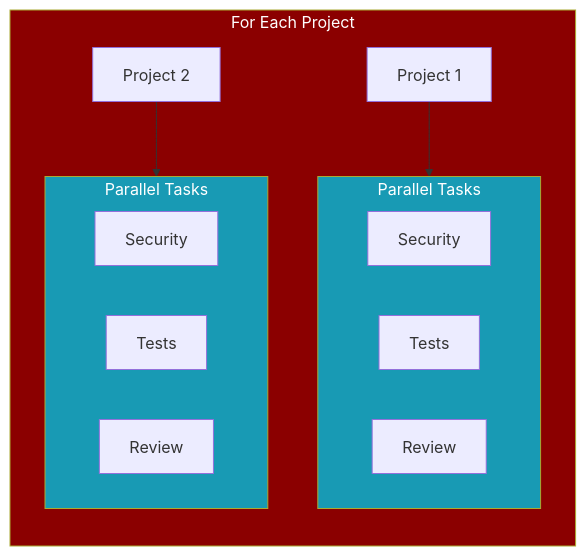
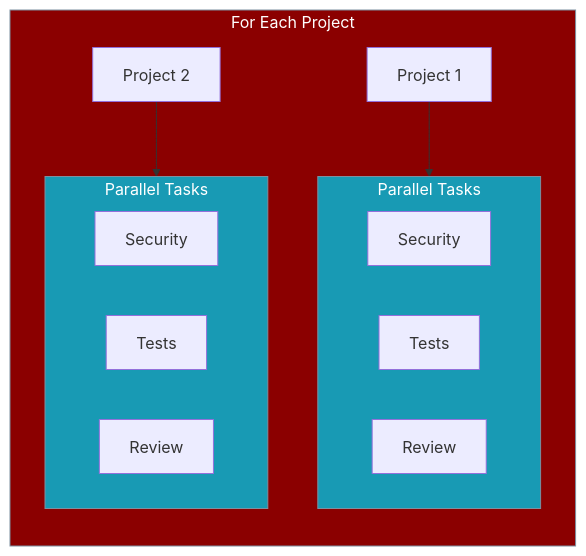
One commit to MervinPraison/PraisonAIDocs changed the second of 2 diagrams in docs/features/nested-workflows.mdx. Above: the diagram before and after it, drawn with Mermaid. The commit also changed other lines of this file and 19 other files, not shown here.

First line of the commit message:
docs: fix remaining style→classDef in secondary diagrams (PR #1384 follow-up)

````diff
--- a/docs/features/nested-workflows.mdx
+++ b/docs/features/nested-workflows.mdx
@@ -188,26 +196,27 @@
 ```mermaid
 flowchart LR
     subgraph Loop["For Each Project"]
         direction TB
         P1[Project 1] --> PA1
         P2[Project 2] --> PA2
     end
     
     subgraph PA1["Parallel Tasks"]
         direction LR
         S1[Security] 
         T1[Tests]
         R1[Review]
     end
     
     subgraph PA2["Parallel Tasks"]
         direction LR
         S2[Security]
         T2[Tests]
         R2[Review]
     end
     
-    style Loop fill:#8B0000,color:#fff
-    style PA1 fill:#189AB4,color:#fff
-    style PA2 fill:#189AB4,color:#fff
+    classDef agent fill:#8B0000,stroke:#7C90A0,color:#fff
+    classDef tool fill:#189AB4,stroke:#7C90A0,color:#fff
+    class Loop agent
+    class PA1,PA2 tool
 ```
````
